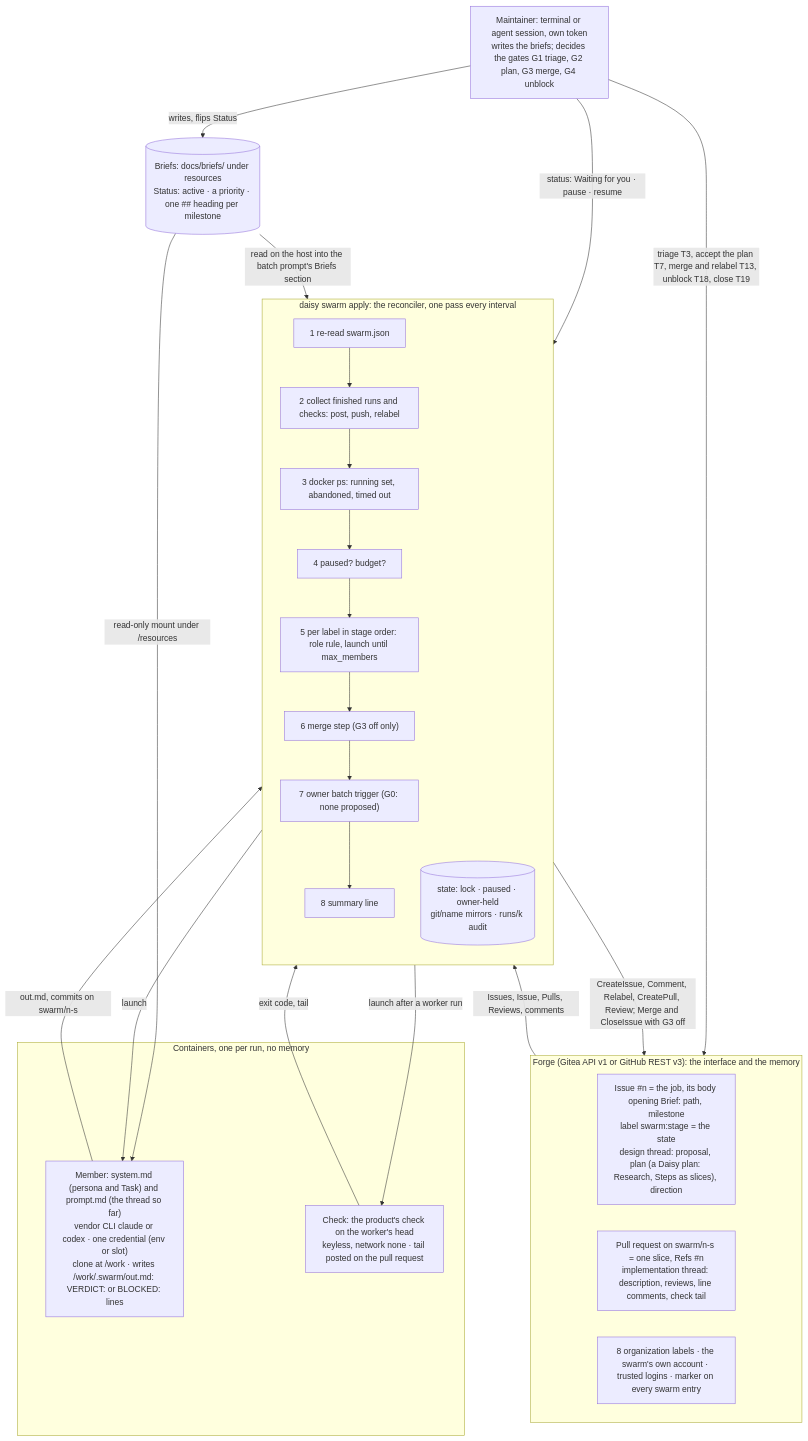
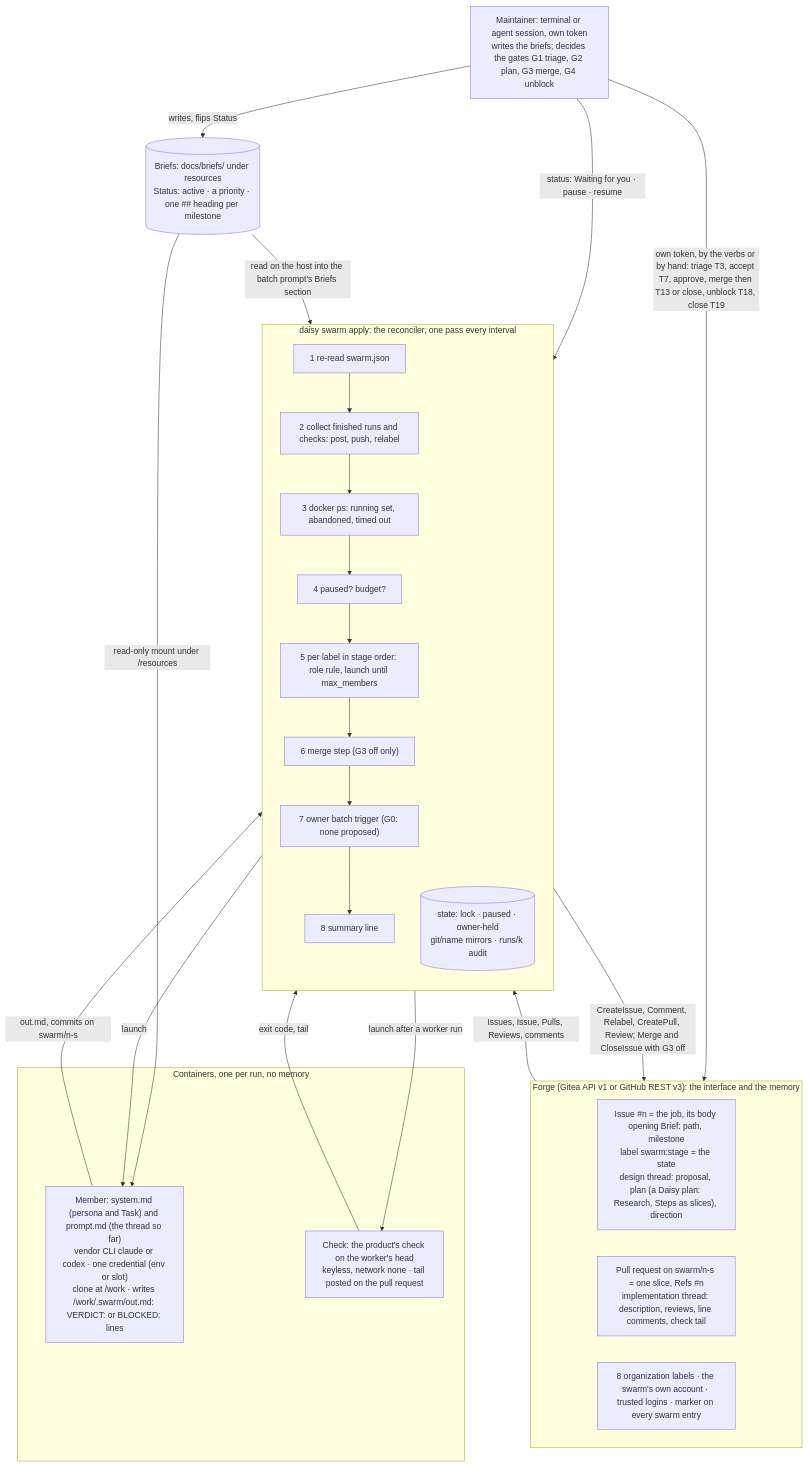
Before and after one commit to farraway/daisy: the first of 2 diagrams in docs/swarm.md, drawn with Mermaid. The commit also changed other lines of this file and 21 other files, not shown here.

````diff
--- a/docs/swarm.md
+++ b/docs/swarm.md
@@ -127,36 +152,36 @@
 ```mermaid
 flowchart TB
   M["Maintainer: terminal or agent session, own token<br/>writes the briefs; decides the gates G1 triage, G2 plan, G3 merge, G4 unblock"]
   B[("Briefs: docs/briefs/ under resources<br/>Status: active · a priority · one ## heading per milestone")]
   subgraph F["Forge (Gitea API v1 or GitHub REST v3): the interface and the memory"]
     I["Issue #n = the job, its body opening Brief: path, milestone<br/>label swarm:stage = the state<br/>design thread: proposal, plan (a Daisy plan: Research, Steps as slices), direction"]
     P["Pull request on swarm/n-s = one slice, Refs #n<br/>implementation thread: description, reviews, line comments, check tail"]
     L["8 organization labels · the swarm's own account · trusted logins · marker on every swarm entry"]
   end
   subgraph A["daisy swarm apply: the reconciler, one pass every interval"]
     direction TB
     S1["1 re-read swarm.json"] --> S2["2 collect finished runs and checks: post, push, relabel"]
     S2 --> S3["3 docker ps: running set, abandoned, timed out"]
     S3 --> S4["4 paused? budget?"]
     S4 --> S5["5 per label in stage order: role rule, launch until max_members"]
     S5 --> S6["6 merge step (G3 off only)"]
     S6 --> S7["7 owner batch trigger (G0: none proposed)"]
     S7 --> S8["8 summary line"]
     ST[("state: lock · paused · owner-held<br/>git/name mirrors · runs/k audit")]
   end
   subgraph C["Containers, one per run, no memory"]
     MC["Member: system.md (persona and Task) and prompt.md (the thread so far)<br/>vendor CLI claude or codex · one credential (env or slot)<br/>clone at /work · writes /work/.swarm/out.md: VERDICT: or BLOCKED: lines"]
     CC["Check: the product's check on the worker's head<br/>keyless, network none · tail posted on the pull request"]
   end
   M -- "writes, flips Status" --> B
   M -- "status: Waiting for you · pause · resume" --> A
-  M -- "triage T3, accept the plan T7, merge and relabel T13, unblock T18, close T19" --> F
+  M -- "own token, by the verbs or by hand: triage T3, accept T7, approve, merge then T13 or close, unblock T18, close T19" --> F
   B -- "read on the host into the batch prompt's Briefs section" --> A
   B -- "read-only mount under /resources" --> MC
   F -- "Issues, Issue, Pulls, Reviews, comments" --> A
   A -- "CreateIssue, Comment, Relabel, CreatePull, Review; Merge and CloseIssue with G3 off" --> F
   A -- "launch" --> MC
   A -- "launch after a worker run" --> CC
   MC -- "out.md, commits on swarm/n-s" --> A
   CC -- "exit code, tail" --> A
 ```
````
